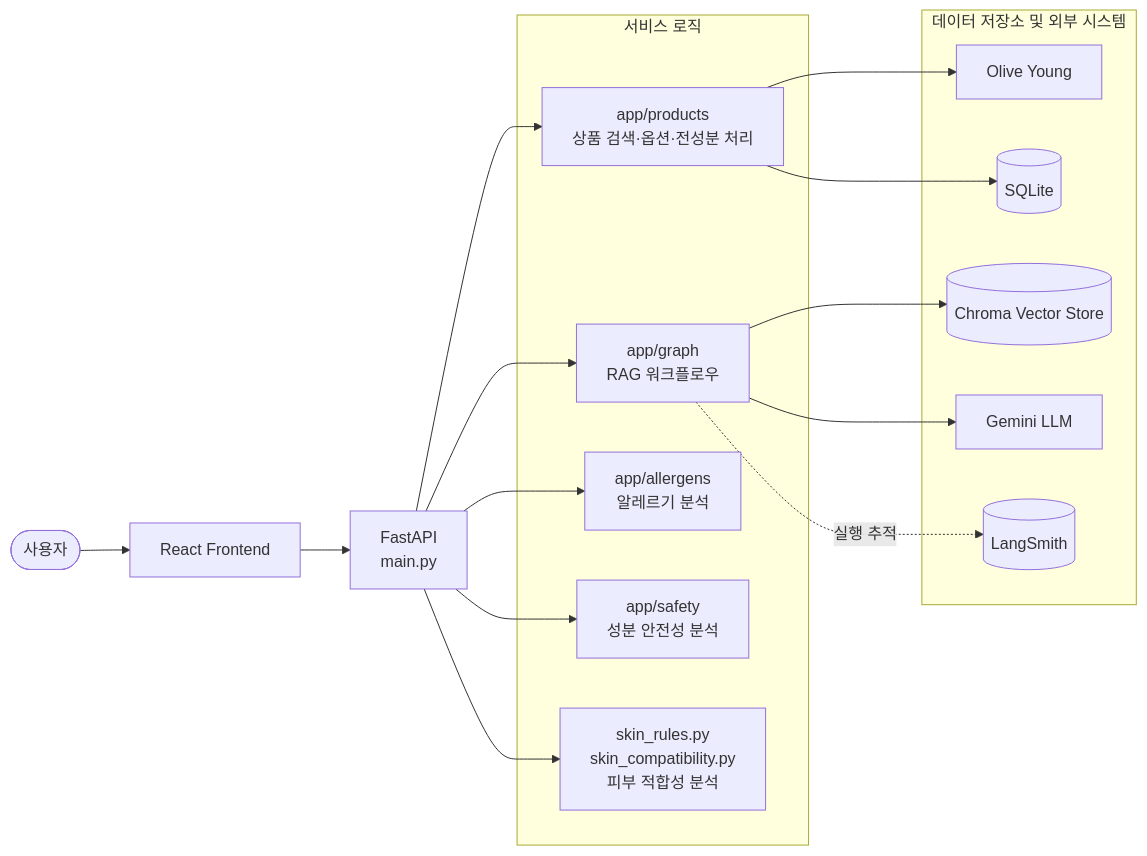
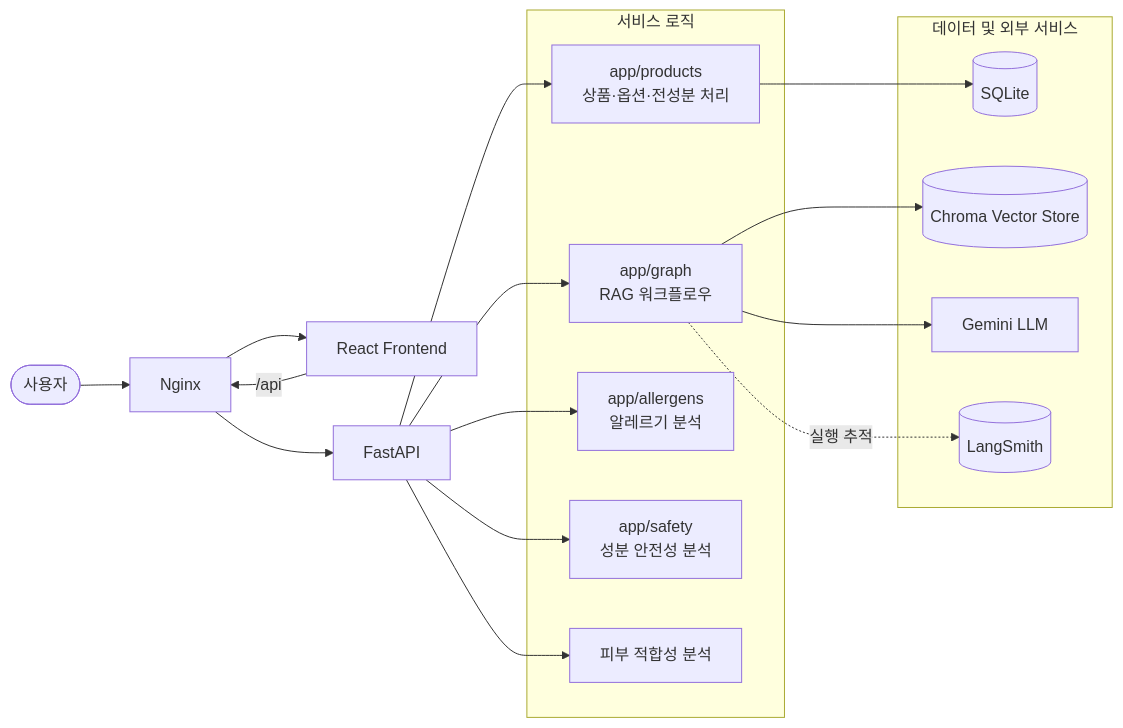
One commit to LeeJaeIn04/DermaRAG-Chatbot changed the first of 2 diagrams in README.md. Above: the diagram before and after it, drawn with Mermaid. The commit also changed other lines of this file and 2 other files, not shown here.

````diff
--- a/README.md
+++ b/README.md
@@ -36,34 +36,34 @@
 ```mermaid
 flowchart LR
-    USER([사용자]) --> FRONTEND["React Frontend"]
-    FRONTEND --> API["FastAPI<br/>main.py"]
+    USER([사용자]) --> NGINX["Nginx"]
 
-    subgraph SG_SERVICE["서비스 로직"]
-        PRODUCTS["app/products<br/>상품 검색·옵션·전성분 처리"]
+    NGINX --> FRONTEND["React Frontend"]
+    FRONTEND -->|"/api"| NGINX
+    NGINX --> API["FastAPI"]
+
+    subgraph SERVICE["서비스 로직"]
+        PRODUCTS["app/products<br/>상품·옵션·전성분 처리"]
         GRAPH["app/graph<br/>RAG 워크플로우"]
         ALLERGENS["app/allergens<br/>알레르기 분석"]
         SAFETY["app/safety<br/>성분 안전성 분석"]
-        SKIN["skin_rules.py<br/>skin_compatibility.py<br/>피부 적합성 분석"]
+        SKIN["피부 적합성 분석"]
     end
 
     API --> PRODUCTS
     API --> GRAPH
     API --> ALLERGENS
     API --> SAFETY
     API --> SKIN
 
-    subgraph SG_INFRA["데이터 저장소 및 외부 시스템"]
-        OLIVE["Olive Young"]
+    subgraph DATA["데이터 및 외부 서비스"]
         SQLITE[("SQLite")]
         CHROMA[("Chroma Vector Store")]
         GEMINI["Gemini LLM"]
         LANGSMITH[("LangSmith")]
     end
 
-    PRODUCTS --> OLIVE
     PRODUCTS --> SQLITE
-
     GRAPH --> CHROMA
     GRAPH --> GEMINI
     GRAPH -. 실행 추적 .-> LANGSMITH
 ```
````
